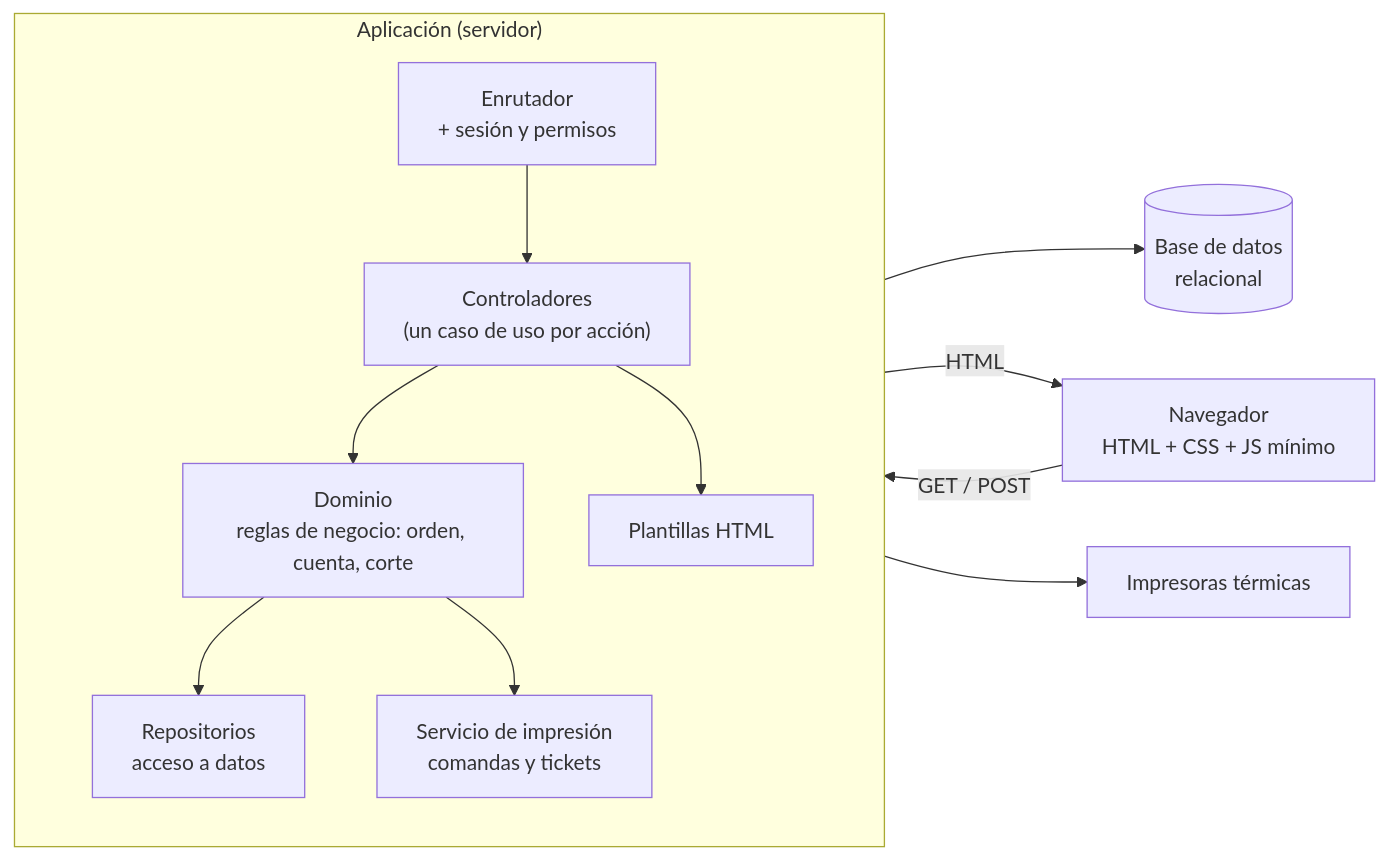
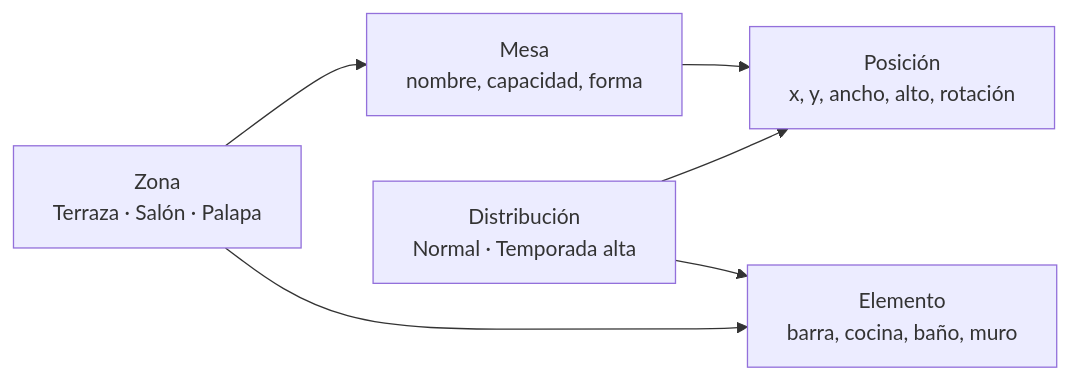
Before and after one commit to ArturoGomezGz/pos-Mazatl-n-: the second of 2 diagrams in docs/03-arquitectura.md, drawn with Mermaid. The commit also changed other lines of this file and 38 other files, not shown here.

````diff
--- a/docs/03-arquitectura.md
+++ b/docs/03-arquitectura.md
@@ -70,19 +106,8 @@
 ```mermaid
 flowchart LR
-    NAV["Navegador<br/>HTML + CSS + JS mínimo"]
-    subgraph APP["Aplicación (servidor)"]
-        direction TB
-        RUT["Enrutador<br/>+ sesión y permisos"]
-        CTRL["Controladores<br/>(un caso de uso por acción)"]
-        DOM["Dominio<br/>reglas de negocio: orden, cuenta, corte"]
-        REPO["Repositorios<br/>acceso a datos"]
-        VIS["Plantillas HTML"]
-        IMP["Servicio de impresión<br/>comandas y tickets"]
-    end
-    DB[("Base de datos<br/>relacional")]
-    PRN["Impresoras térmicas"]
-
-    NAV -->|"GET / POST"| RUT --> CTRL --> DOM --> REPO --> DB
-    CTRL --> VIS -->|"HTML"| NAV
-    DOM --> IMP --> PRN
+    ZONA["Zona<br/>Terraza · Salón · Palapa"] --> MESA["Mesa<br/>nombre, capacidad, forma"]
+    LAY["Distribución<br/>Normal · Temporada alta"] --> POS["Posición<br/>x, y, ancho, alto, rotación"]
+    MESA --> POS
+    ZONA --> ELE["Elemento<br/>barra, cocina, baño, muro"]
+    LAY --> ELE
 ```
````
